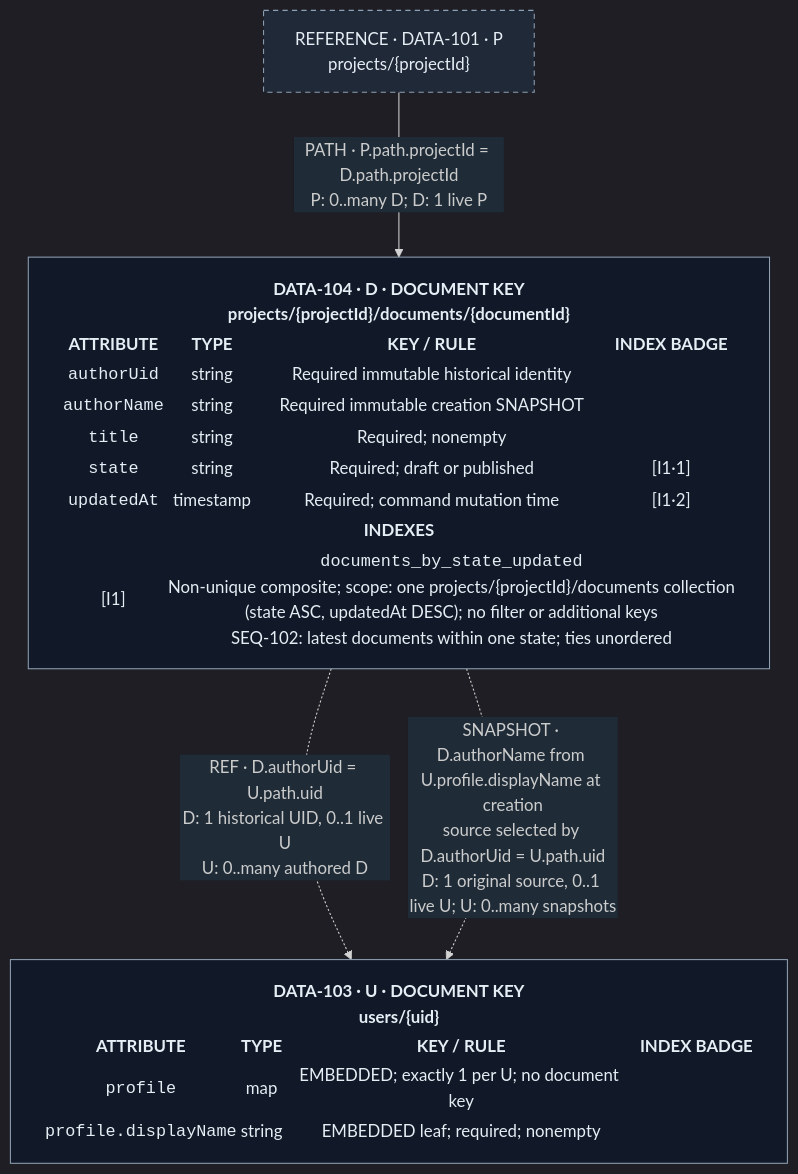
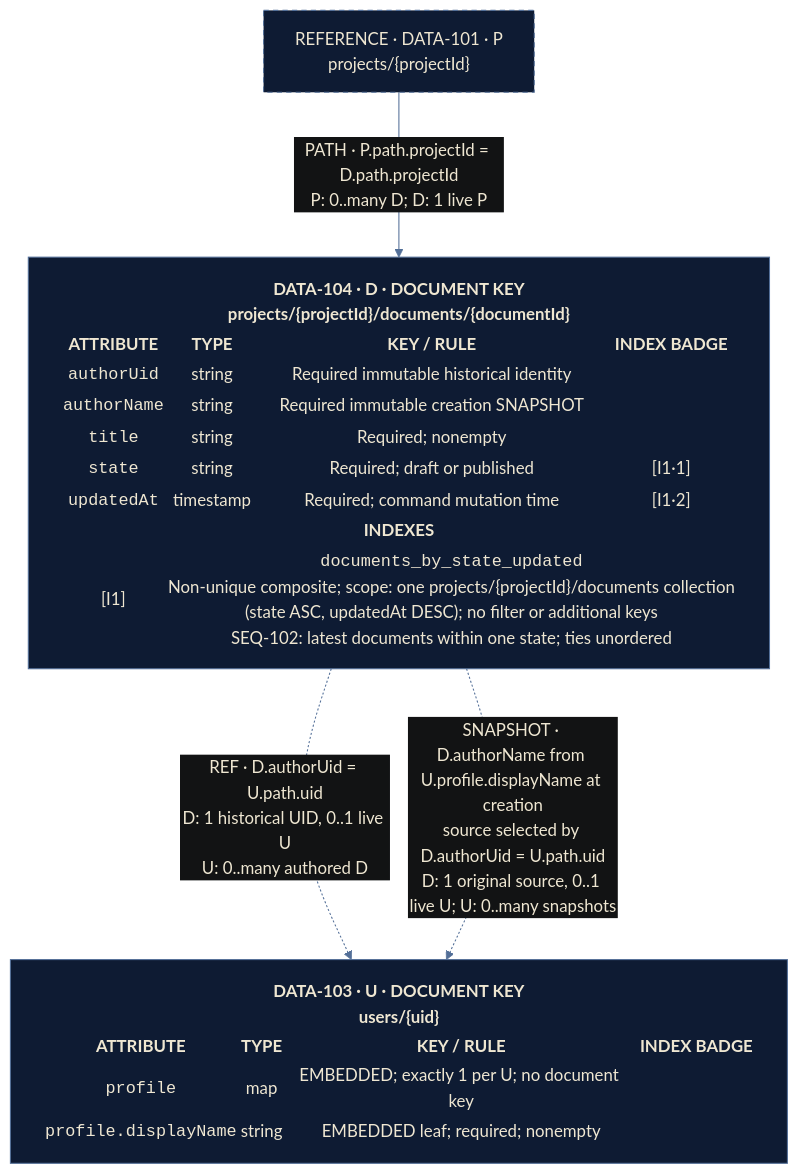
Before and after one commit to swabbiedotdev/product-intent-package: the second of 4 diagrams in skills/product-intent-manager/references/document-data-models.md, drawn with Mermaid. The commit also changed other lines of this file and 21 other files, not shown here.

````diff
--- a/skills/product-intent-manager/references/document-data-models.md
+++ b/skills/product-intent-manager/references/document-data-models.md
@@ -152,29 +160,37 @@
 ```mermaid
 ---
 config:
-  theme: dark
+  theme: base
   flowchart:
     htmlLabels: true
     wrappingWidth: 680
     rankSpacing: 85
   themeVariables:
-    edgeLabelBackground: '#1f2c38'
+    edgeLabelBackground: '#121314'
+    background: '#121314'
+    primaryColor: '#0E1B33'
+    primaryBorderColor: '#536F98'
+    primaryTextColor: '#EFE7D2'
+    textColor: '#EFE7D2'
+    lineColor: '#536F98'
+    clusterBkg: '#121314'
+    clusterBorder: '#536F98'
   themeCSS: |
-    .pip-entity { width: 680px; border-collapse: collapse; background: #111827; color: #e5edf5; text-align: left; font-size: 14px; }
-    .pip-entity th, .pip-entity td { border: 1px solid #344556; padding: 8px 10px; text-align: left; }
-    .pip-entity th { background: #263544; color: #e5edf5; }
-    .pip-entity code { color: #e5edf5; font-family: monospace; }
+    .pip-entity { width: 680px; border-collapse: collapse; background: #0E1B33; color: #EFE7D2; text-align: left; font-size: 14px; }
+    .pip-entity th, .pip-entity td { border: 1px solid #536F98; padding: 8px 10px; text-align: left; }
+    .pip-entity th { background: #0E1B33; color: #EFE7D2; }
+    .pip-entity code { color: #EFE7D2; font-family: monospace; }
     .badge.index { display: inline-block; white-space: nowrap; border: 1px solid #6ea8ff; border-radius: 4px; padding: 2px 5px; background: #162c48; color: #c6ddff; }
 ---
 flowchart TB
   P["REFERENCE · DATA-101 · P<br/>projects/{projectId}"]
   D["<table class='pip-entity'><tr><th colspan='4'>DATA-104 · D · DOCUMENT KEY<br/>projects/{projectId}/documents/{documentId}</th></tr><tr><th>ATTRIBUTE</th><th>TYPE</th><th>KEY / RULE</th><th>INDEX BADGE</th></tr><tr><td><code>authorUid</code></td><td>string</td><td>Required immutable historical identity</td><td></td></tr><tr><td><code>authorName</code></td><td>string</td><td>Required immutable creation SNAPSHOT</td><td></td></tr><tr><td><code>title</code></td><td>string</td><td>Required; nonempty</td><td></td></tr><tr><td><code>state</code></td><td>string</td><td>Required; draft or published</td><td><span class='badge index'>[I1·1]</span></td></tr><tr><td><code>updatedAt</code></td><td>timestamp</td><td>Required; command mutation time</td><td><span class='badge index'>[I1·2]</span></td></tr><tr><th colspan='4'>INDEXES</th></tr><tr><td><span class='badge index'>[I1]</span></td><td colspan='3'><code>documents_by_state_updated</code><br/>Non-unique composite; scope: one projects/{projectId}/documents collection<br/>(state ASC, updatedAt DESC); no filter or additional keys<br/>SEQ-102: latest documents within one state; ties unordered</td></tr></table>"]
   U["<table class='pip-entity'><tr><th colspan='4'>DATA-103 · U · DOCUMENT KEY<br/>users/{uid}</th></tr><tr><th>ATTRIBUTE</th><th>TYPE</th><th>KEY / RULE</th><th>INDEX BADGE</th></tr><tr><td><code>profile</code></td><td>map</td><td>EMBEDDED; exactly 1 per U; no document key</td><td></td></tr><tr><td><code>profile.displayName</code></td><td>string</td><td>EMBEDDED leaf; required; nonempty</td><td></td></tr></table>"]
   P -->|"PATH · P.path.projectId = D.path.projectId<br/>P: 0..many D; D: 1 live P"| D
   D -.->|"REF · D.authorUid = U.path.uid<br/>D: 1 historical UID, 0..1 live U<br/>U: 0..many authored D"| U
   D -.->|"SNAPSHOT · D.authorName from U.profile.displayName at creation<br/>source selected by D.authorUid = U.path.uid<br/>D: 1 original source, 0..1 live U; U: 0..many snapshots"| U
-  classDef entity fill:#111827,stroke:#8ea0b3,color:#e5edf5
-  classDef ref fill:#1f2937,stroke:#8ea0b3,stroke-dasharray:5 4,color:#e5edf5
+  classDef entity fill:#0E1B33,stroke:#536F98,color:#EFE7D2
+  classDef ref fill:#0E1B33,stroke:#536F98,stroke-dasharray:5 4,color:#EFE7D2
   class D,U entity
   class P ref
 ```
````
